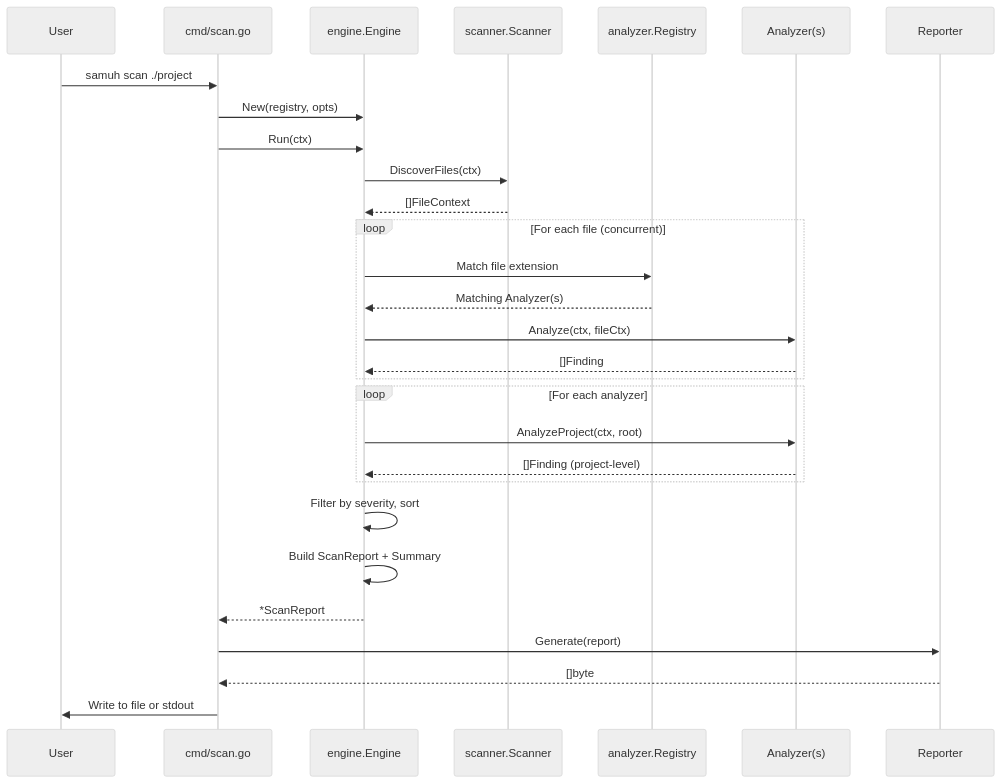
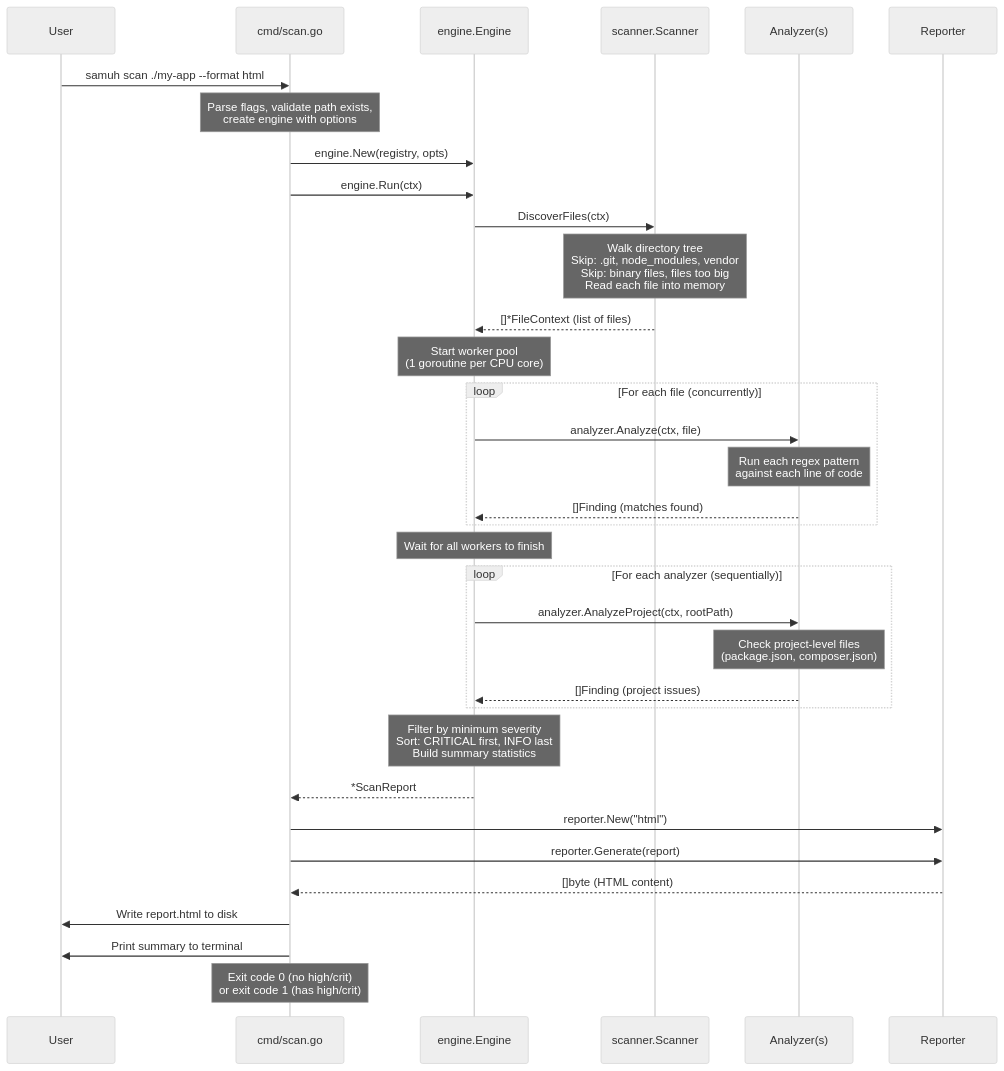
One commit to GabrielGRSilva/SAMUH changed the second of 4 diagrams in TECHMANUAL.md. Above: the diagram before and after it, drawn with Mermaid (neutral theme). The commit also changed other lines of this file and 5 other files, not shown here.

````diff
--- a/TECHMANUAL.md
+++ b/TECHMANUAL.md
@@ -128,35 +113,47 @@
 ```mermaid
 sequenceDiagram
     participant User
     participant CLI as cmd/scan.go
     participant Engine as engine.Engine
     participant Scanner as scanner.Scanner
-    participant Registry as analyzer.Registry
-    participant Analyzer as Analyzer(s)
+    participant Analyzers as Analyzer(s)
     participant Reporter as Reporter
 
-    User->>CLI: samuh scan ./project
-    CLI->>Engine: New(registry, opts)
-    CLI->>Engine: Run(ctx)
+    User->>CLI: samuh scan ./my-app --format html
+    Note over CLI: Parse flags, validate path exists,<br/>create engine with options
+
+    CLI->>Engine: engine.New(registry, opts)
+    CLI->>Engine: engine.Run(ctx)
+
     Engine->>Scanner: DiscoverFiles(ctx)
-    Scanner-->>Engine: []FileContext
-    
-    loop For each file (concurrent)
-        Engine->>Registry: Match file extension
-        Registry-->>Engine: Matching Analyzer(s)
-        Engine->>Analyzer: Analyze(ctx, fileCtx)
-        Analyzer-->>Engine: []Finding
+    Note over Scanner: Walk directory tree<br/>Skip: .git, node_modules, vendor<br/>Skip: binary files, files too big<br/>Read each file into memory
+    Scanner-->>Engine: []*FileContext (list of files)
+
+    Note over Engine: Start worker pool<br/>(1 goroutine per CPU core)
+
+    loop For each file (concurrently)
+        Engine->>Analyzers: analyzer.Analyze(ctx, file)
+        Note over Analyzers: Run each regex pattern<br/>against each line of code
+        Analyzers-->>Engine: []Finding (matches found)
     end
-    
-    loop For each analyzer
-        Engine->>Analyzer: AnalyzeProject(ctx, root)
-        Analyzer-->>Engine: []Finding (project-level)
+
+    Note over Engine: Wait for all workers to finish
+
+    loop For each analyzer (sequentially)
+        Engine->>Analyzers: analyzer.AnalyzeProject(ctx, rootPath)
+        Note over Analyzers: Check project-level files<br/>(package.json, composer.json)
+        Analyzers-->>Engine: []Finding (project issues)
     end
-    
-    Engine->>Engine: Filter by severity, sort
-    Engine->>Engine: Build ScanReport + Summary
+
+    Note over Engine: Filter by minimum severity<br/>Sort: CRITICAL first, INFO last<br/>Build summary statistics
+
     Engine-->>CLI: *ScanReport
-    CLI->>Reporter: Generate(report)
-    Reporter-->>CLI: []byte
-    CLI->>User: Write to file or stdout
+
+    CLI->>Reporter: reporter.New("html")
+    CLI->>Reporter: reporter.Generate(report)
+    Reporter-->>CLI: []byte (HTML content)
+
+    CLI->>User: Write report.html to disk
+    CLI->>User: Print summary to terminal
+    Note over CLI: Exit code 0 (no high/crit)<br/>or exit code 1 (has high/crit)
 ```
````
